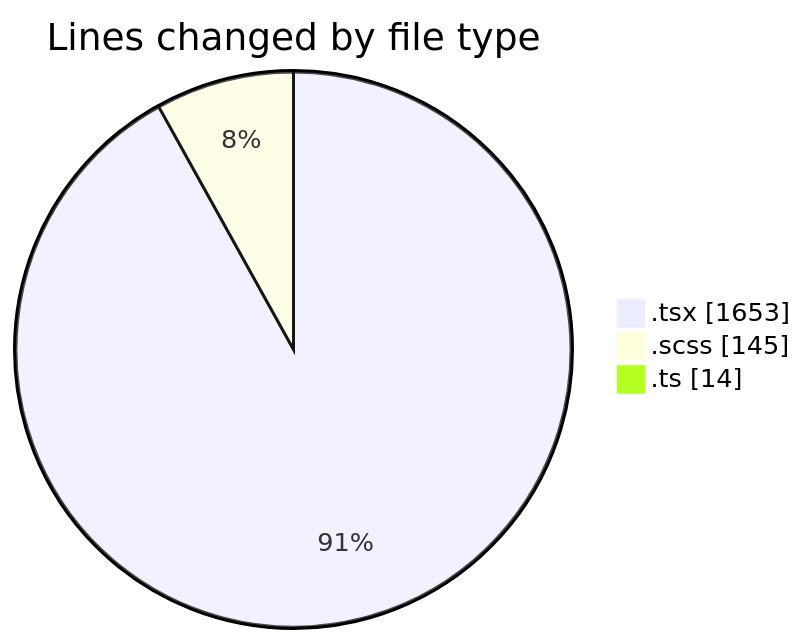
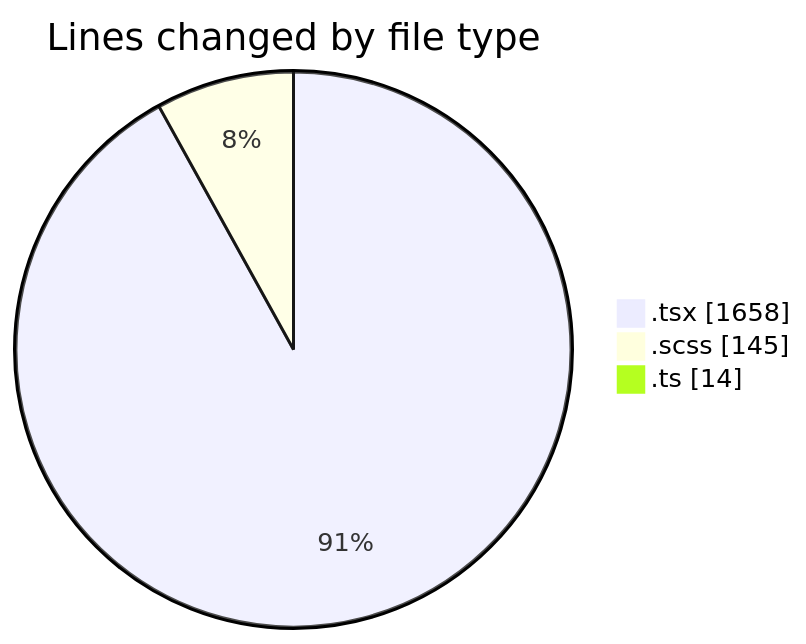
One commit to momahboobian/code-tracking changed the first of 2 diagrams in 2025-03-20/cda/README.md. Above: the diagram before and after it, drawn with Mermaid. The commit also changed other lines of this file and 1 other file, not shown here.

````diff
--- a/2025-03-20/cda/README.md
+++ b/2025-03-20/cda/README.md
@@ -25,7 +25,7 @@
 ```mermaid
 pie showData
 title Lines changed by file type
-".tsx" : 1653
+".tsx" : 1658
 ".scss" : 145
 ".ts" : 14
 ```
````
